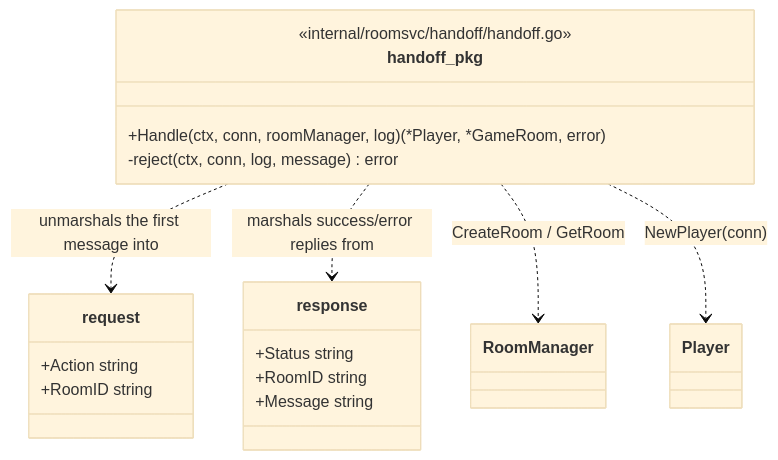
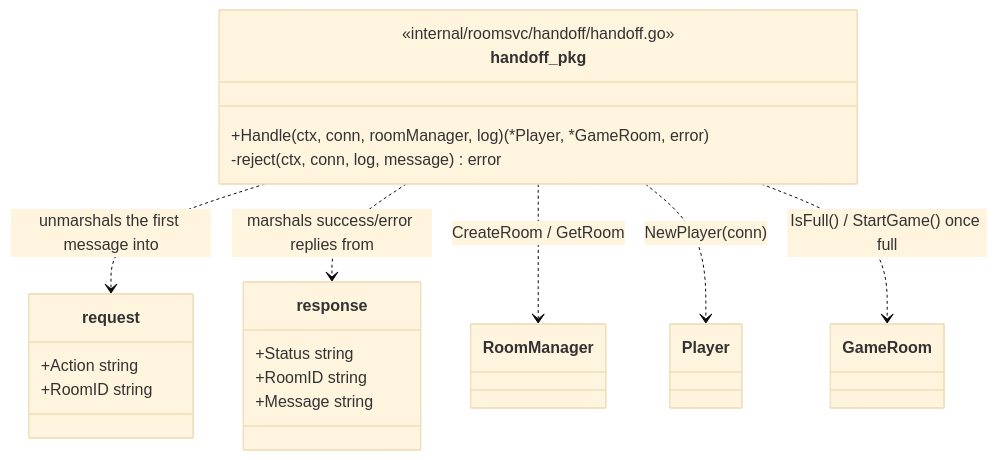
Before and after one commit to cabo-game/cabo-backend: the seventh of 9 diagrams in internal/roomsvc/ARCHITECTURE.md, drawn with Mermaid (base theme). The commit also changed other lines of this file and 14 other files, not shown here.

````diff
--- a/internal/roomsvc/ARCHITECTURE.md
+++ b/internal/roomsvc/ARCHITECTURE.md
@@ -338,24 +406,25 @@
 ```mermaid
 classDiagram
     class request {
         +Action string
         +RoomID string
     }
 
     class response {
         +Status string
         +RoomID string
         +Message string
     }
 
     class handoff_pkg {
         <<internal/roomsvc/handoff/handoff.go>>
         +Handle(ctx, conn, roomManager, log) (*Player, *GameRoom, error)
         -reject(ctx, conn, log, message) error
     }
 
     handoff_pkg ..> request : unmarshals the first message into
     handoff_pkg ..> response : marshals success/error replies from
     handoff_pkg ..> RoomManager : CreateRoom / GetRoom
     handoff_pkg ..> Player : NewPlayer(conn)
+    handoff_pkg ..> GameRoom : IsFull() / StartGame() once full
 ```
````
